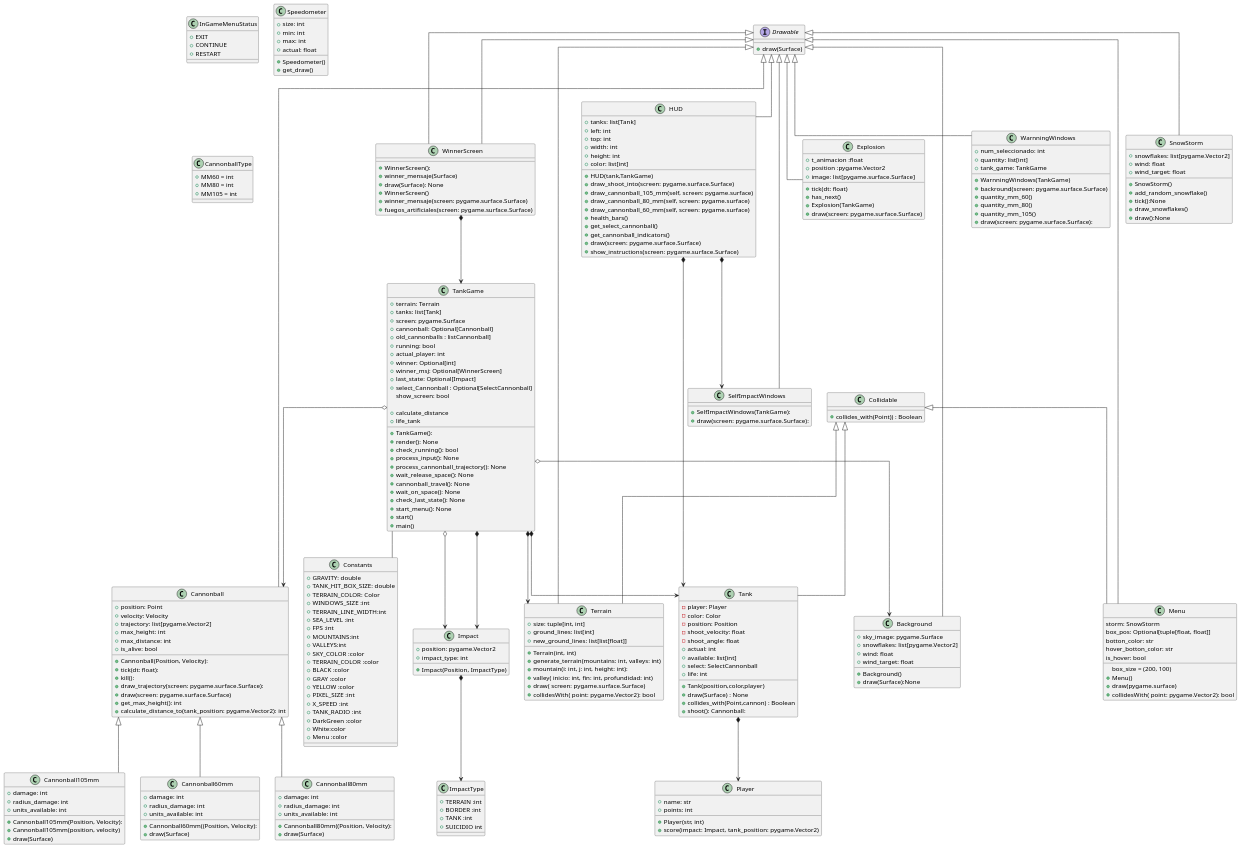
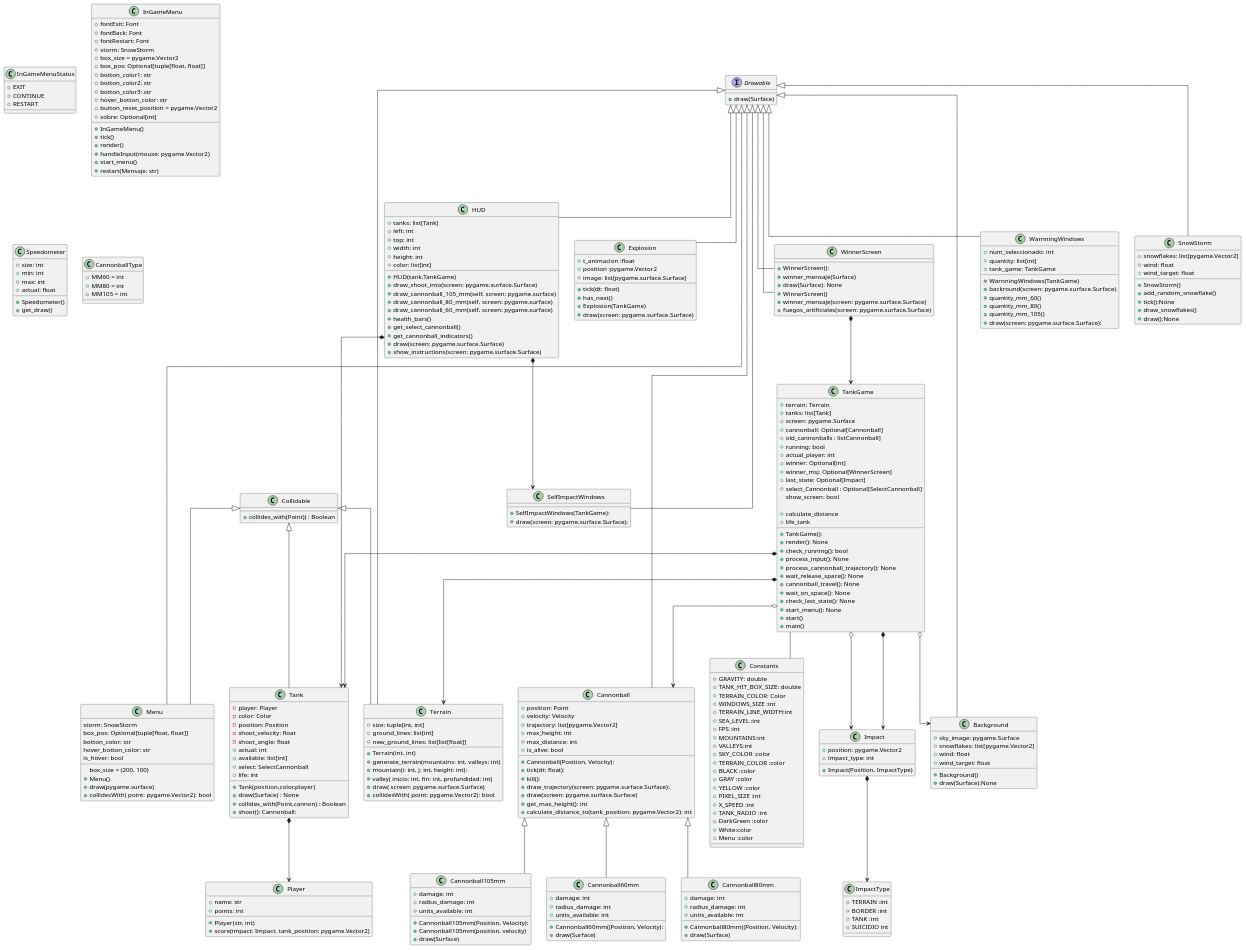
One commit to fraco-oxza/tankGame changed the diagram in uml/entire.plantuml. Above: the diagram before and after it, drawn with PlantUML.

Commit message:
más cambios uml

```diff
--- a/uml/entire.plantuml
+++ b/uml/entire.plantuml
@@ -103,6 +103,26 @@
     + EXIT
     + CONTINUE
     + RESTART
+}
+class InGameMenu{
+    +fontExit: Font
+    +fontBack: Font
+    +fontRestart: Font
+    +storm: SnowStorm
+    +box_size = pygame.Vector2
+    +box_pos: Optional[tuple[float, float]]
+    +botton_color1: str
+    +botton_color2: str
+    +botton_color3: str
+    +hover_botton_color: str
+    +button_reset_position = pygame.Vector2
+    +sobre: Optional[int]
+    + InGameMenu()
+    +tick()
+    +render()
+    +handleInput(mouse: pygame.Vector2)
+    +start_menu()
+    +restart(Mensaje: str)
 }
 
 class Terrain extends Drawable,Collidable {
```
